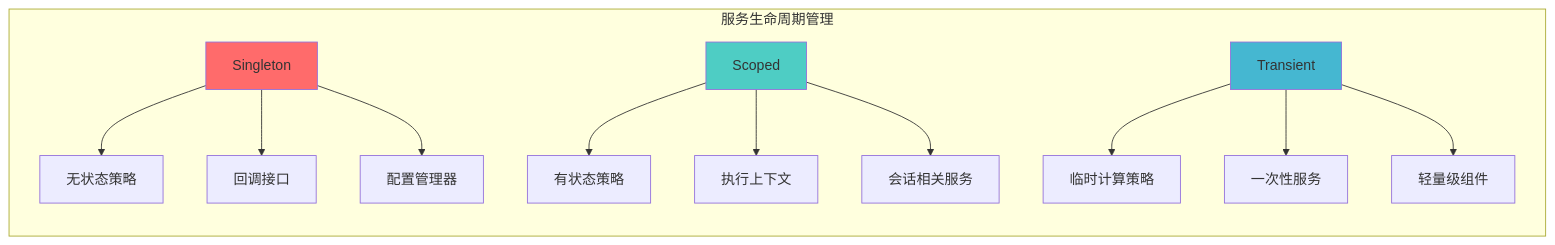
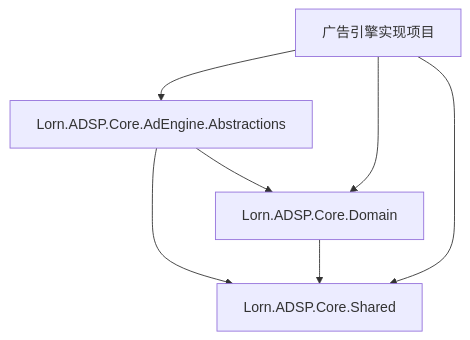
Diagram 13 of 13 in docs_TecDesign/广告投放引擎/广告引擎抽象层设计.md (lornshrimp/Lorn.ADSP), drawn with Mermaid before and after one commit. The commit also changed other lines of this file and 71 other files, not shown here.

````diff
--- a/docs_TecDesign/广告投放引擎/广告引擎抽象层设计.md
+++ b/docs_TecDesign/广告投放引擎/广告引擎抽象层设计.md
@@ -1260,20 +1270,10 @@
 ```mermaid
-graph LR
-    subgraph "服务生命周期管理"
-        A[Singleton] --> A1[无状态策略]
-        A --> A2[回调接口]
-        A --> A3[配置管理器]
-        
-        B[Scoped] --> B1[有状态策略]
-        B --> B2[执行上下文]
-        B --> B3[会话相关服务]
-        
-        C[Transient] --> C1[临时计算策略]
-        C --> C2[一次性服务]
-        C --> C3[轻量级组件]
-    end
+graph TD
+    A[Lorn.ADSP.Core.AdEngine.Abstractions] --> B[Lorn.ADSP.Core.Domain]
+    A --> C[Lorn.ADSP.Core.Shared]
+    B --> C
     
-    style A fill:#ff6b6b
-    style B fill:#4ecdc4
-    style C fill:#45b7d1
+    D[广告引擎实现项目] --> A
+    D --> B
+    D --> C
 ```
````
